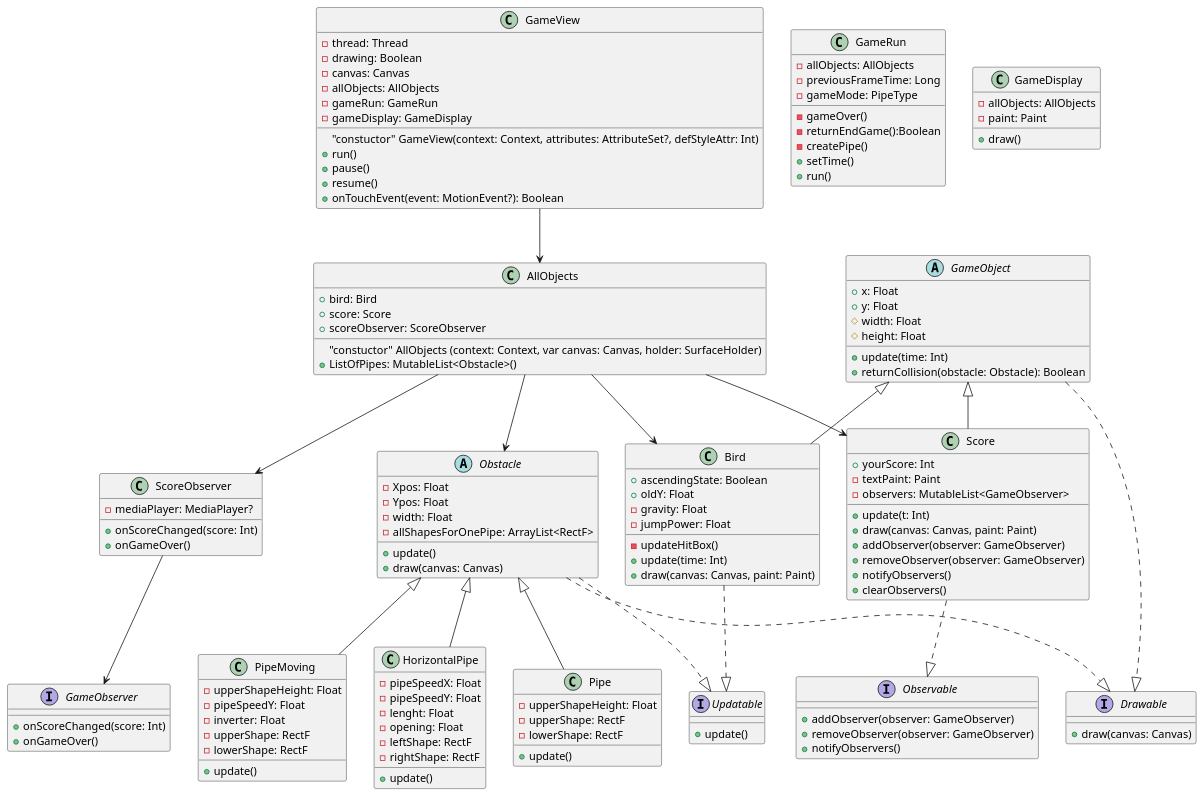
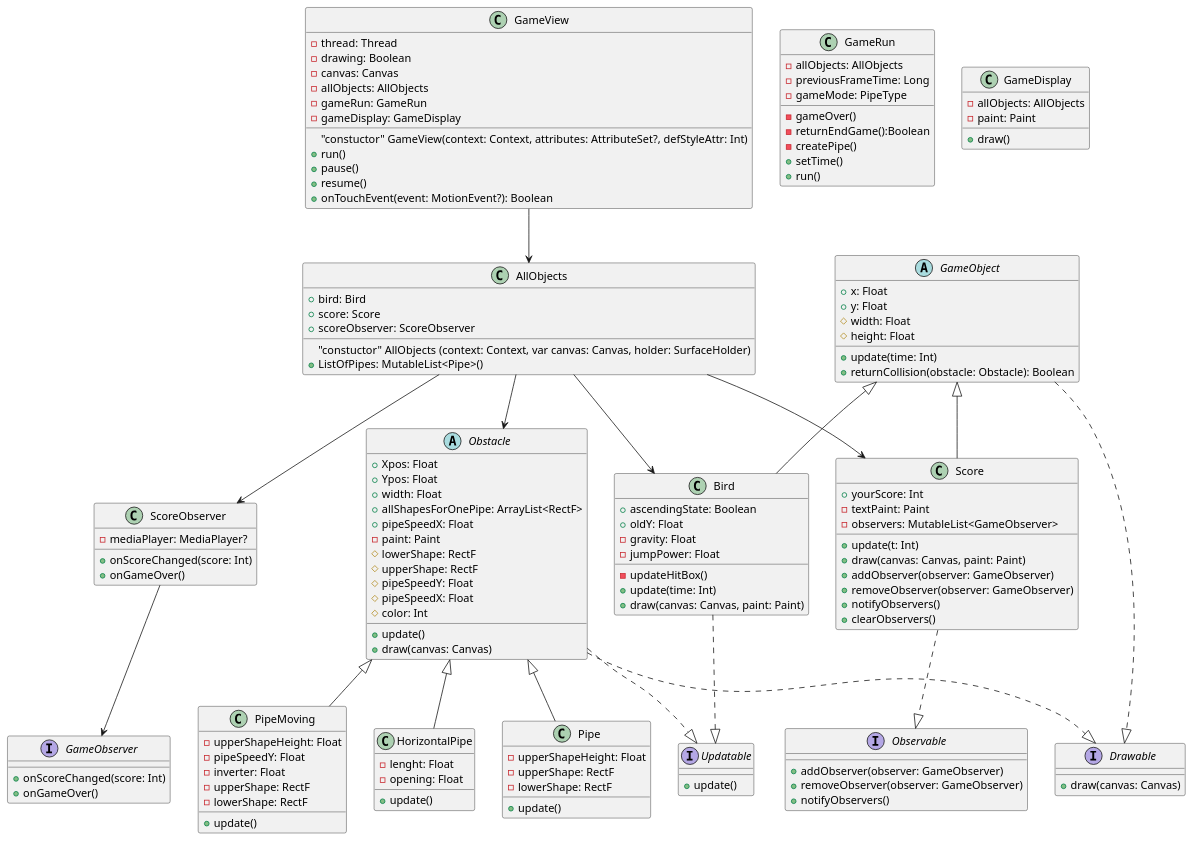
One commit to Macka23/flappybird changed the diagram in app/src/main/java/com/example/flappybird/UML/ClassUML.puml. Above: the diagram before and after it, drawn with PlantUML. The commit also changed 10 other files, not shown here.

```diff
--- a/app/src/main/java/com/example/flappybird/UML/ClassUML.puml
+++ b/app/src/main/java/com/example/flappybird/UML/ClassUML.puml
@@ -1,160 +1,164 @@
 @startuml
 ' Diagramme UML des classes du projet FlappyBird
 
 class GameView {
     "constuctor" GameView(context: Context, attributes: AttributeSet?, defStyleAttr: Int)
     - thread: Thread
     - drawing: Boolean
     - canvas: Canvas
     - allObjects: AllObjects
     - gameRun: GameRun
     - gameDisplay: GameDisplay
 
     + run()
     + pause()
     + resume()
     + onTouchEvent(event: MotionEvent?): Boolean
 }
 
 class AllObjects {
     "constuctor" AllObjects (context: Context, var canvas: Canvas, holder: SurfaceHolder)
     + bird: Bird
-    + ListOfPipes: MutableList<Obstacle>()
+    + ListOfPipes: MutableList<Pipe>()
     + score: Score
     + scoreObserver: ScoreObserver
 }
 
 class GameRun {
     - allObjects: AllObjects
     - previousFrameTime: Long
     - gameMode: PipeType
 
     -gameOver()
     -returnEndGame():Boolean
     -createPipe()
     + setTime()
     + run()
 }
 
 class GameDisplay {
     - allObjects: AllObjects
     - paint: Paint
     + draw()
 }
 
 abstract class GameObject {
     + x: Float
     + y: Float
     # width: Float
     # height: Float
 
     + update(time: Int)
     + returnCollision(obstacle: Obstacle): Boolean
 }
 
 class Bird {
     + ascendingState: Boolean
     + oldY: Float
     - gravity: Float
     - jumpPower: Float
 
     -updateHitBox()
     + update(time: Int)
     + draw(canvas: Canvas, paint: Paint)
 }
 
 class Score {
     + yourScore: Int
     - textPaint: Paint
     - observers: MutableList<GameObserver>
 
     + update(t: Int)
     + draw(canvas: Canvas, paint: Paint)
     + addObserver(observer: GameObserver)
     + removeObserver(observer: GameObserver)
     + notifyObservers()
     + clearObservers()
 }
 
 abstract class Obstacle {
-    - Xpos: Float
-    - Ypos: Float
-    - width: Float
-    - allShapesForOnePipe: ArrayList<RectF>
+    + Xpos: Float
+    + Ypos: Float
+    + width: Float
+    + allShapesForOnePipe: ArrayList<RectF>
+    + pipeSpeedX: Float
+    -paint: Paint
+    # lowerShape: RectF
+    # upperShape: RectF
+    # pipeSpeedY: Float
+    # pipeSpeedX: Float
+    # color: Int
+
 
     + update()
     + draw(canvas: Canvas)
 }
 
 class HorizontalPipe {
-    - pipeSpeedX: Float
-    - pipeSpeedY: Float
     - lenght: Float
     - opening: Float
-    - leftShape: RectF
-    - rightShape: RectF
 
     + update()
 }
 
 class Pipe {
     - upperShapeHeight: Float
     - upperShape: RectF
     - lowerShape: RectF
 
     + update()
 }
 
 class PipeMoving {
     - upperShapeHeight: Float
     - pipeSpeedY: Float
     - inverter: Float
     - upperShape: RectF
     - lowerShape: RectF
 
     + update()
 }
 
 interface Drawable {
     + draw(canvas: Canvas)
 }
 
 interface Updatable {
     + update()
 }
 
 interface Observable {
     + addObserver(observer: GameObserver)
     + removeObserver(observer: GameObserver)
     + notifyObservers()
 }
 
 interface GameObserver {
     + onScoreChanged(score: Int)
     + onGameOver()
 }
 
 class ScoreObserver {
     - mediaPlayer: MediaPlayer?
 
     + onScoreChanged(score: Int)
     + onGameOver()
 }
 
 GameView --> AllObjects
 AllObjects --> Bird
 AllObjects --> Score
 AllObjects --> Obstacle
 AllObjects --> ScoreObserver
 GameObject <|-- Bird
 GameObject <|-- Score
 Obstacle <|-- HorizontalPipe
 Obstacle <|-- Pipe
 Obstacle <|-- PipeMoving
 GameObject ..|> Drawable
 Obstacle ..|> Drawable
 Obstacle ..|> Updatable
 Bird ..|> Updatable
 ScoreObserver --> GameObserver
 Score ..|> Observable
 @enduml
```
